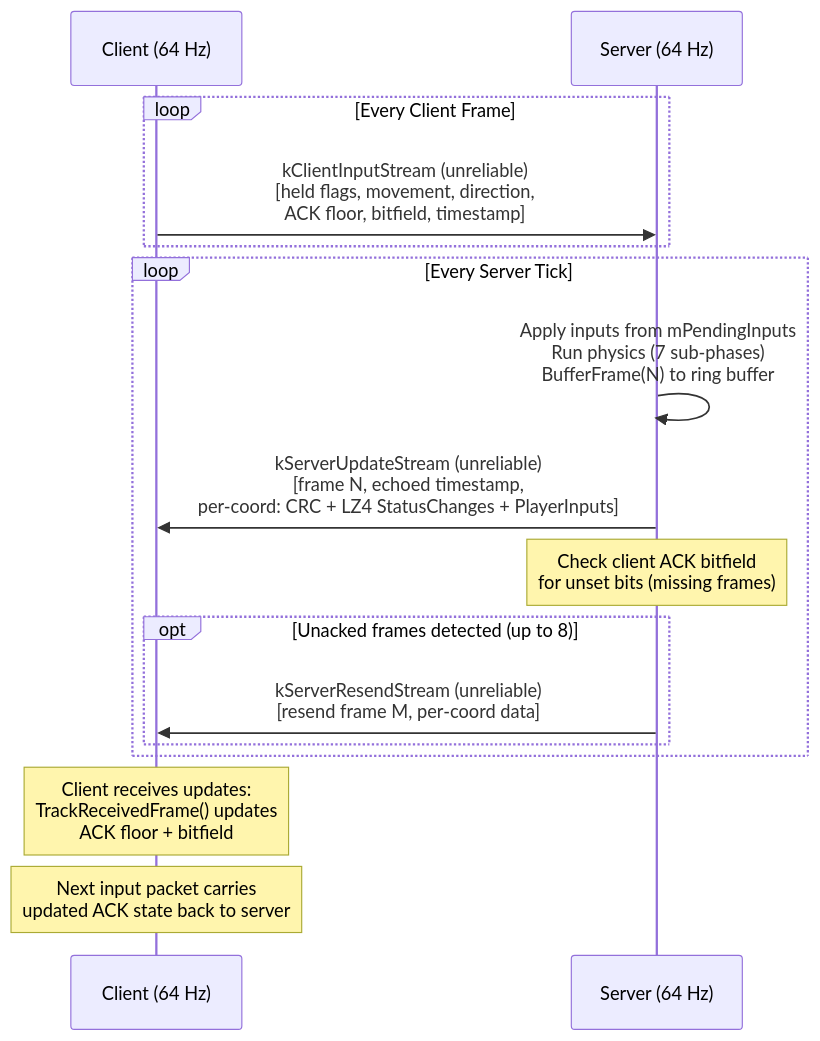
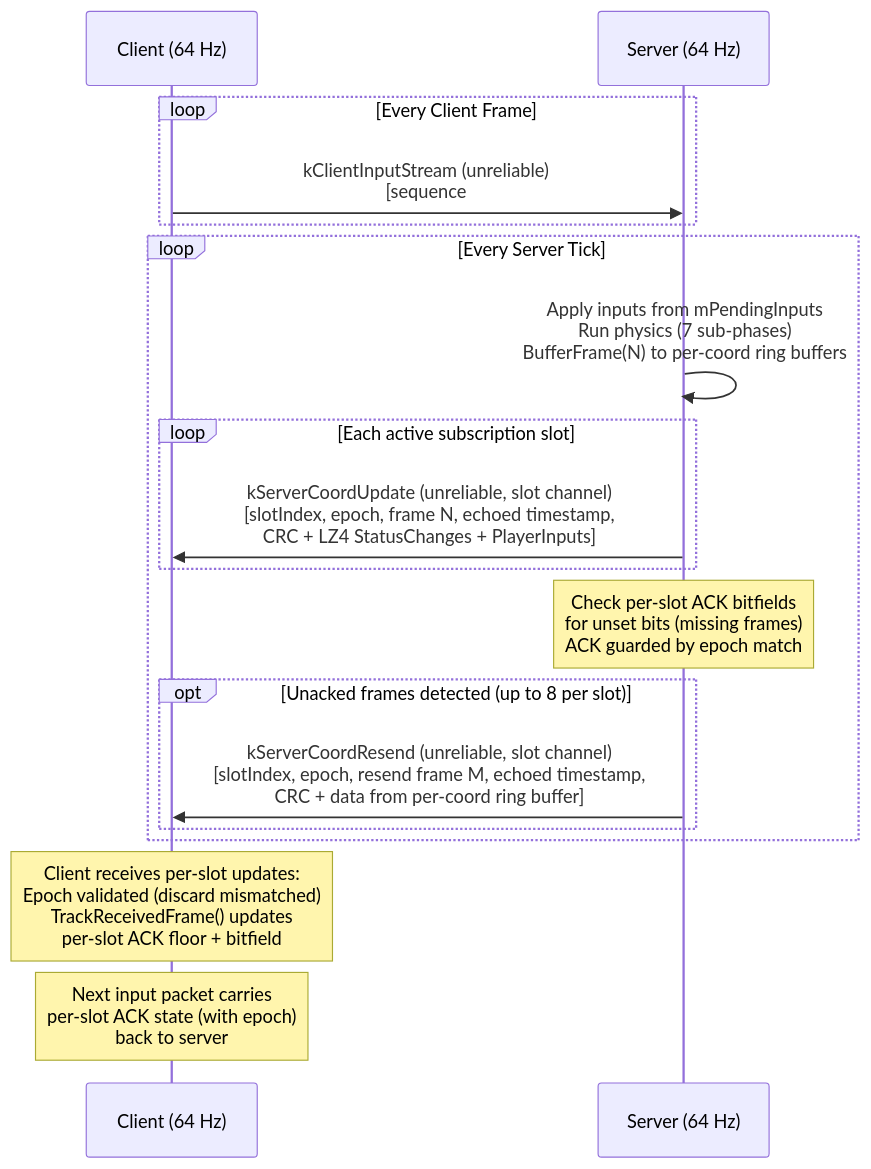
The third of 6 diagrams in Documents/Architecture/Network.md (DougTanner/BrokenEnginePublic), drawn with Mermaid before and after one commit. The commit also changed other lines of this file and 23 other files, not shown here.

````diff
--- a/Documents/Architecture/Network.md
+++ b/Documents/Architecture/Network.md
@@ -89,25 +98,27 @@
 ```mermaid
 %%{init: {'theme': 'default'}}%%
 sequenceDiagram
     participant C as Client (64 Hz)
     participant S as Server (64 Hz)
 
     loop Every Client Frame
-        C->>S: kClientInputStream (unreliable)<br/>[held flags, movement, direction,<br/>ACK floor, bitfield, timestamp]
+        C->>S: kClientInputStream (unreliable)<br/>[sequence#, held flags, movement, direction,<br/>per-slot ACK (slotIndex, epoch, ackFloor, bitfield),<br/>timestamp]
     end
 
     loop Every Server Tick
-        S->>S: Apply inputs from mPendingInputs<br/>Run physics (7 sub-phases)<br/>BufferFrame(N) to ring buffer
+        S->>S: Apply inputs from mPendingInputs<br/>Run physics (7 sub-phases)<br/>BufferFrame(N) to per-coord ring buffers
 
-        S->>C: kServerUpdateStream (unreliable)<br/>[frame N, echoed timestamp,<br/>per-coord: CRC + LZ4 StatusChanges + PlayerInputs]
+        loop Each active subscription slot
+            S->>C: kServerCoordUpdate (unreliable, slot channel)<br/>[slotIndex, epoch, frame N, echoed timestamp,<br/>CRC + LZ4 StatusChanges + PlayerInputs]
+        end
 
-        Note over S: Check client ACK bitfield<br/>for unset bits (missing frames)
+        Note over S: Check per-slot ACK bitfields<br/>for unset bits (missing frames)<br/>ACK guarded by epoch match
 
-        opt Unacked frames detected (up to 8)
-            S->>C: kServerResendStream (unreliable)<br/>[resend frame M, per-coord data]
+        opt Unacked frames detected (up to 8 per slot)
+            S->>C: kServerCoordResend (unreliable, slot channel)<br/>[slotIndex, epoch, resend frame M, echoed timestamp,<br/>CRC + data from per-coord ring buffer]
         end
     end
 
-    Note over C: Client receives updates:<br/>TrackReceivedFrame() updates<br/>ACK floor + bitfield
-    Note over C: Next input packet carries<br/>updated ACK state back to server
+    Note over C: Client receives per-slot updates:<br/>Epoch validated (discard mismatched)<br/>TrackReceivedFrame() updates<br/>per-slot ACK floor + bitfield
+    Note over C: Next input packet carries<br/>per-slot ACK state (with epoch)<br/>back to server
 ```
````
